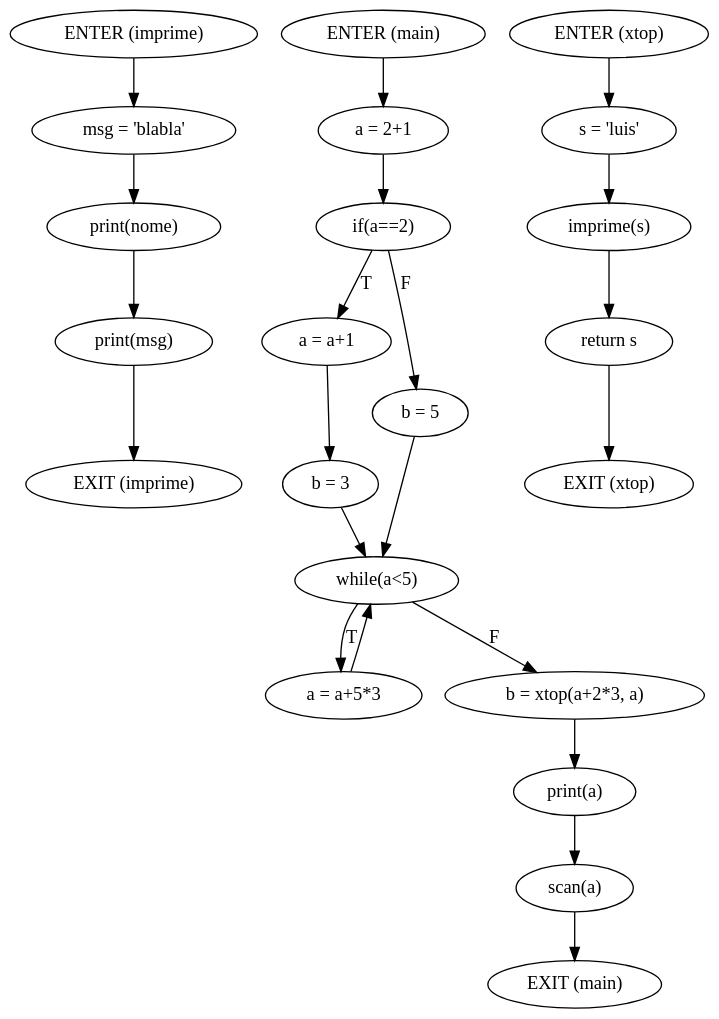
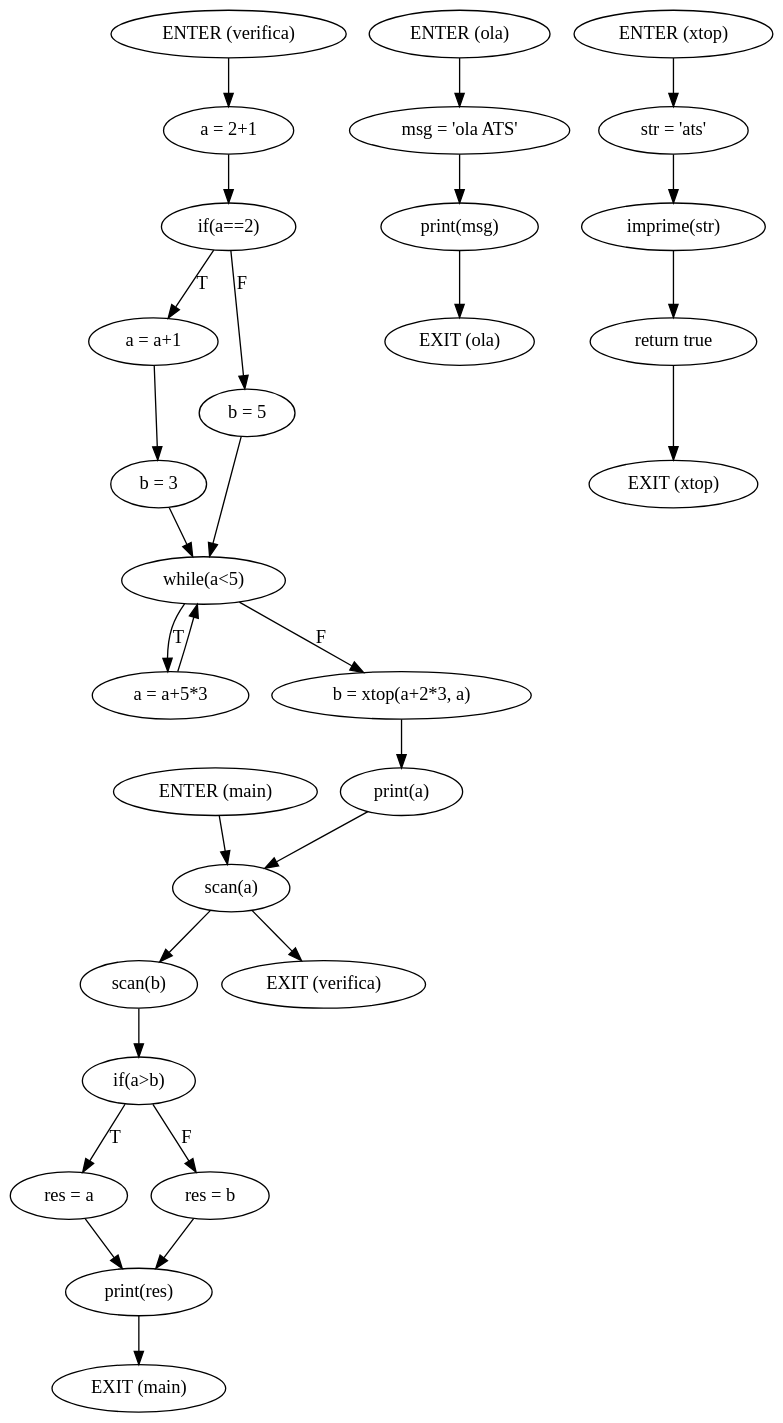
Before and after one commit to MiguelCosta/ATS: the diagram in Final/lingi/WebSite/Gramatica/output/cfg.gv, drawn with Graphviz. The commit also changed 120 other files, not shown here.

```diff
--- a/Final/lingi/WebSite/Gramatica/output/cfg.gv
+++ b/Final/lingi/WebSite/Gramatica/output/cfg.gv
@@ -1,24 +1,31 @@
 digraph mainmap {
 graph [bgcolor=transparent];
-"ENTER (imprime)" -> "msg = 'blabla'";
-	"msg = 'blabla'" -> "print(nome)";
-	"print(nome)" -> "print(msg)";
-	"print(msg)" -> "EXIT (imprime)";
-	"ENTER (main)" -> "a = 2+1";
+"ENTER (main)" -> "scan(a)";
+	"scan(a)" -> "scan(b)";
+	"scan(b)" -> "if(a>b)";
+	"if(a>b)" -> "res = a"[label="T"];
+	"if(a>b)" -> "res = b"[label="F"];
+	"res = a" -> "print(res)";
+	"res = b" -> "print(res)";
+	"print(res)" -> "EXIT (main)";
+	"ENTER (ola)" -> "msg = 'ola ATS'";
+	"msg = 'ola ATS'" -> "print(msg)";
+	"print(msg)" -> "EXIT (ola)";
+	"ENTER (verifica)" -> "a = 2+1";
 	"a = 2+1" -> "if(a==2)";
 	"if(a==2)" -> "a = a+1"[label="T"];
 	"if(a==2)" -> "b = 5"[label="F"];
 	"a = a+1" -> "b = 3";
 	"b = 3" -> "while(a<5)";
 	"b = 5" -> "while(a<5)";
 	"while(a<5)" -> "a = a+5*3"[label="T"];
 	"while(a<5)" -> "b = xtop(a+2*3, a)"[label="F"];
 	"a = a+5*3" -> "while(a<5)";
 	"b = xtop(a+2*3, a)" -> "print(a)";
 	"print(a)" -> "scan(a)";
-	"scan(a)" -> "EXIT (main)";
-	"ENTER (xtop)" -> "s = 'luis'";
-	"s = 'luis'" -> "imprime(s)";
-	"imprime(s)" -> "return s";
-	"return s" -> "EXIT (xtop)";
+	"scan(a)" -> "EXIT (verifica)";
+	"ENTER (xtop)" -> "str = 'ats'";
+	"str = 'ats'" -> "imprime(str)";
+	"imprime(str)" -> "return true";
+	"return true" -> "EXIT (xtop)";
 	}
```
